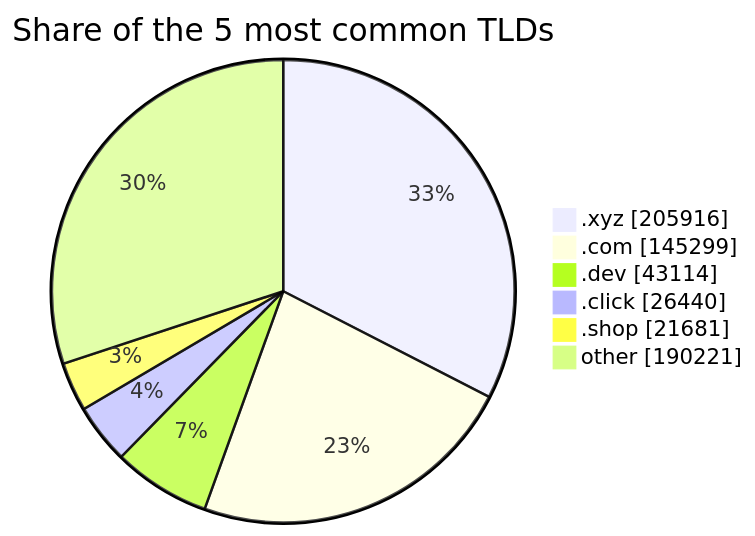
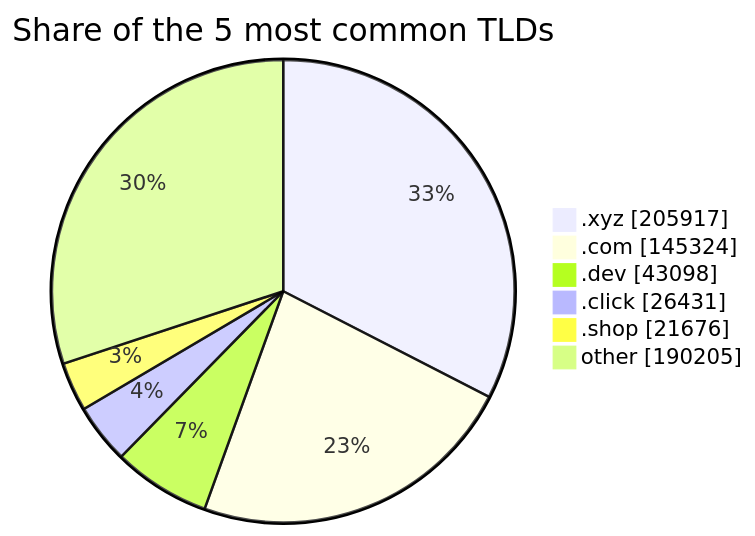
One commit to DNSBunker/CTI changed the third of 3 diagrams in README.md. Above: the diagram before and after it, drawn with Mermaid. The commit also changed other lines of this file and 3 other files, not shown here.

````diff
--- a/README.md
+++ b/README.md
@@ -81,9 +81,9 @@
 ```mermaid
 pie showData title Share of the 5 most common TLDs
-    ".xyz" : 205916
-    ".com" : 145299
-    ".dev" : 43114
-    ".click" : 26440
-    ".shop" : 21681
-    "other" : 190221
+    ".xyz" : 205917
+    ".com" : 145324
+    ".dev" : 43098
+    ".click" : 26431
+    ".shop" : 21676
+    "other" : 190205
 ```
````
